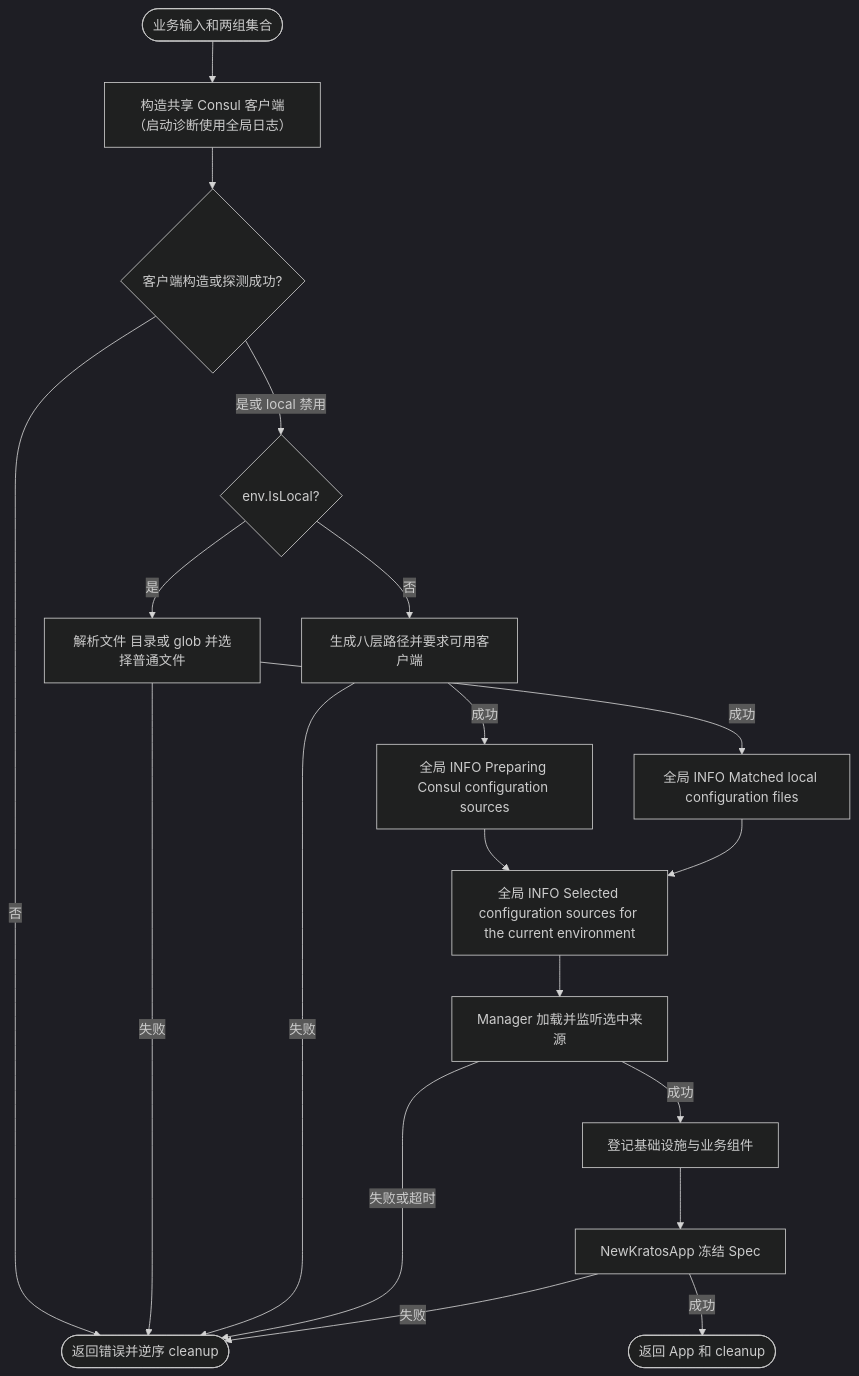
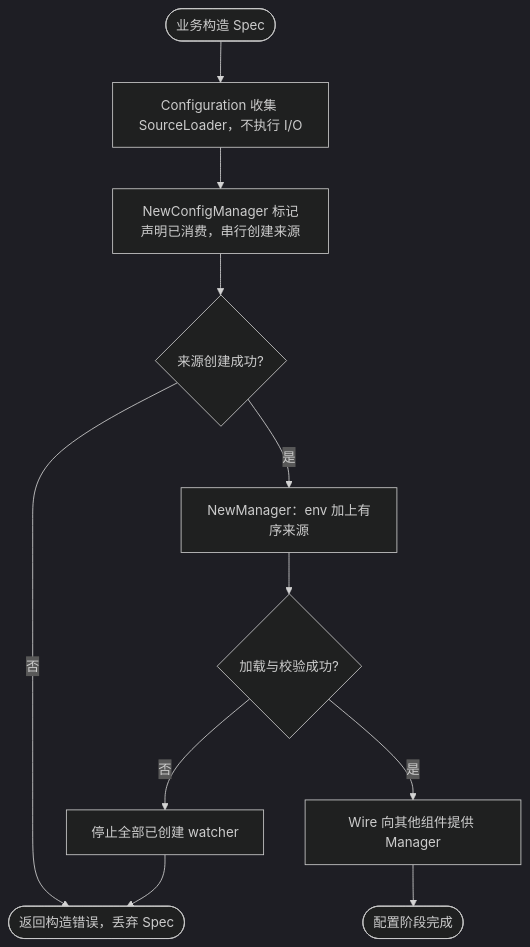
The sixth of 6 diagrams in pkg/bootstrap/README.md (jaggerzhuang1994/kratos-foundation), drawn with Mermaid (dark theme) before and after one commit. The commit also changed other lines of this file and 290 other files, not shown here.

````diff
--- a/pkg/bootstrap/README.md
+++ b/pkg/bootstrap/README.md
@@ -373,21 +289,13 @@
 ```mermaid
 flowchart TD
-    A([业务输入和两组集合]) --> B[构造共享 Consul 客户端（启动诊断使用全局日志）]
-    B --> C{客户端构造或探测成功?}
-    C -- 否 --> X([返回错误并逆序 cleanup])
-    C -- 是或 local 禁用 --> D{env.IsLocal?}
-    D -- 是 --> E[解析文件 目录或 glob 并选择普通文件]
-    D -- 否 --> F[生成八层路径并要求可用客户端]
-    E -- 失败 --> X
-    F -- 失败 --> X
-    E -- 成功 --> G[全局 INFO Matched local configuration files]
-    F -- 成功 --> R[全局 INFO Preparing Consul configuration sources]
-    R --> H
-    G --> H[全局 INFO Selected configuration sources for the current environment]
-    H --> I[Manager 加载并监听选中来源]
-    I -- 失败或超时 --> X
-    I -- 成功 --> J[登记基础设施与业务组件]
-    J --> K[NewKratosApp 冻结 Spec]
-    K -- 失败 --> X
-    K -- 成功 --> L([返回 App 和 cleanup])
+ A([业务构造 Spec]) --> B[Configuration 收集 SourceLoader，不执行 I/O]
+ B --> C[NewConfigManager 标记声明已消费，串行创建来源]
+ C --> D{来源创建成功?}
+ D -- 否 --> X([返回构造错误，丢弃 Spec])
+ D -- 是 --> E[NewManager：env 加上有序来源]
+ E --> F{加载与校验成功?}
+ F -- 否 --> G[停止全部已创建 watcher]
+ G --> X
+ F -- 是 --> H[Wire 向其他组件提供 Manager]
+ H --> I([配置阶段完成])
 ```
````
